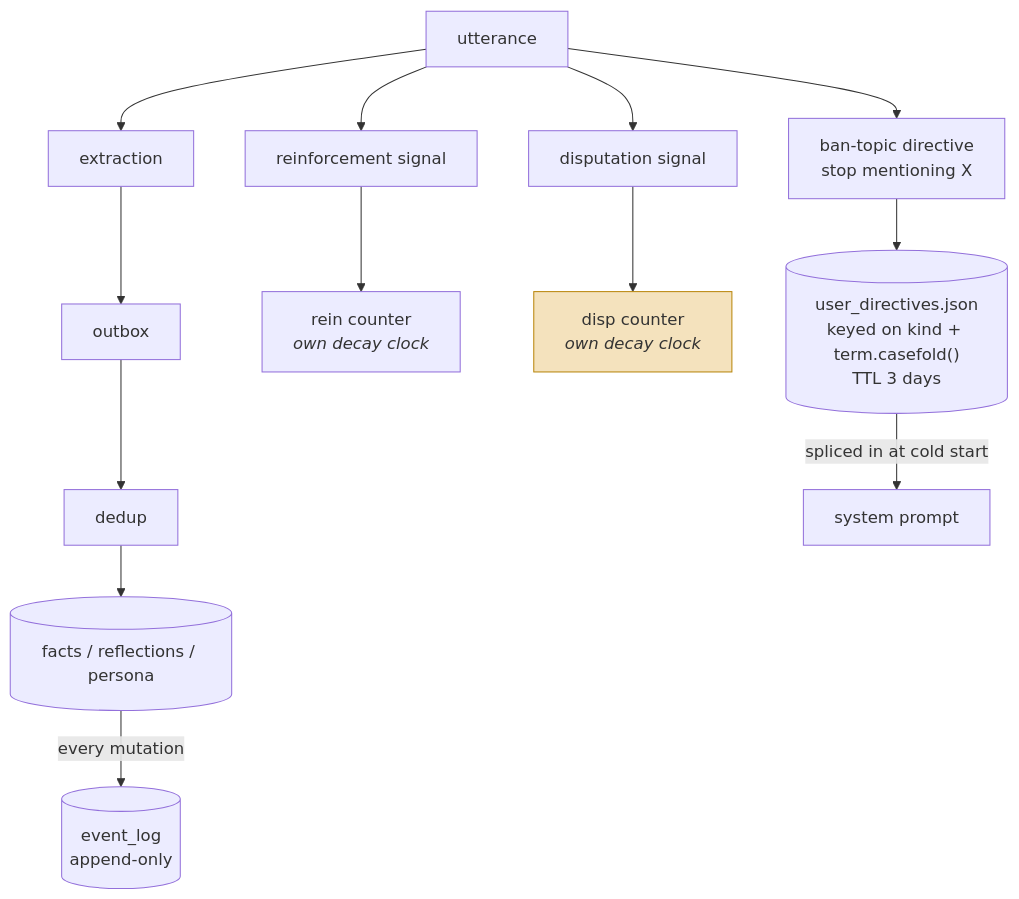
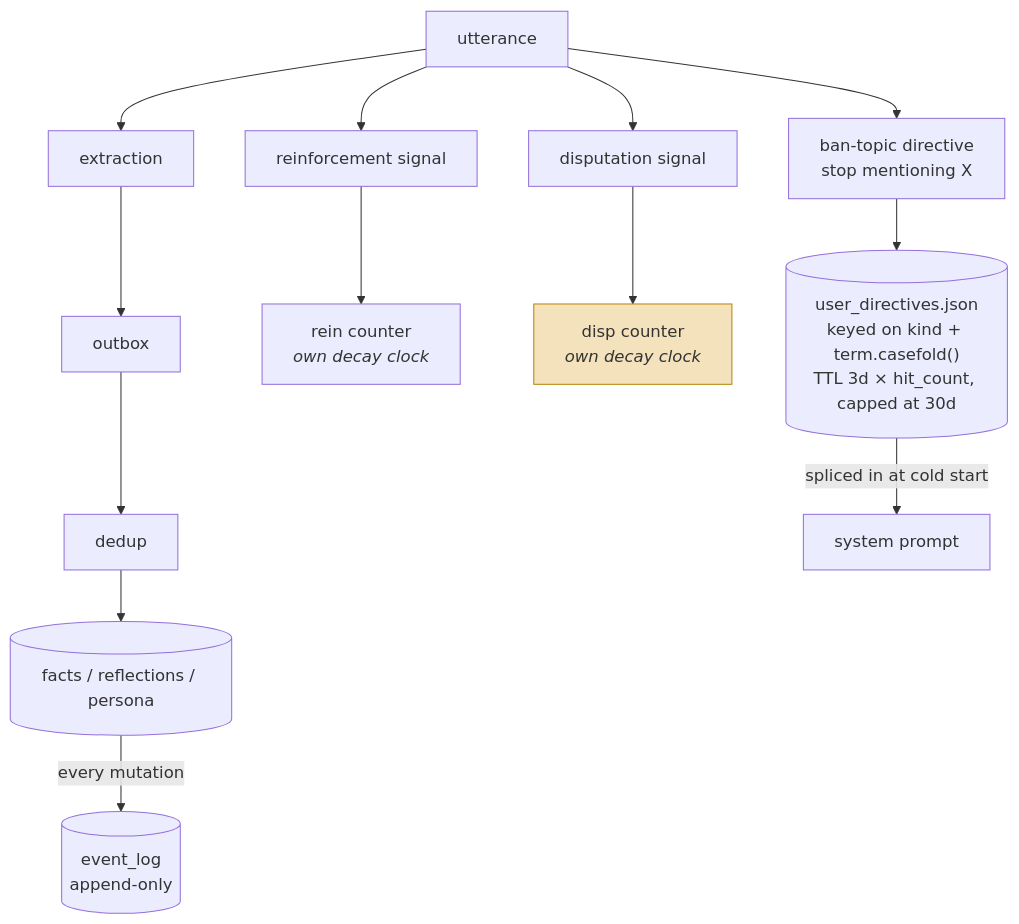
One commit to neoneye/agent-memory-atlas changed the first of 3 diagrams in content/systems/neko.md. Above: the diagram before and after it, drawn with Mermaid. The commit also changed other lines of this file and 11 other files, not shown here.

````diff
--- a/content/systems/neko.md
+++ b/content/systems/neko.md
@@ -88,16 +113,16 @@
 ```mermaid
 %% caption: reinforcement and disputation are separate counters on separate decay clocks, every mutation appends to the event log, and a ban-topic directive expires after three days
 flowchart TB
     U["utterance"] --> EX["extraction"]
     EX --> OB["outbox"] --> DD["dedup"] --> ST[("facts / reflections / persona")]
     ST -->|"every mutation"| EL[("event_log<br/>append-only")]
 
     U --> RS["reinforcement signal"] --> RC["rein counter<br/><i>own decay clock</i>"]
     U --> DS["disputation signal"] --> DC["disp counter<br/><i>own decay clock</i>"]
 
     U --> BT["ban-topic directive<br/>stop mentioning X"]
-    BT --> UD[("user_directives.json<br/>keyed on kind + term.casefold()<br/>TTL 3 days")]
+    BT --> UD[("user_directives.json<br/>keyed on kind + term.casefold()<br/>TTL 3d × hit_count, capped at 30d")]
     UD -->|"spliced in at cold start"| SP["system prompt"]
 
     style DC fill:#f4e2bd,stroke:#b8860b
 ```
````
